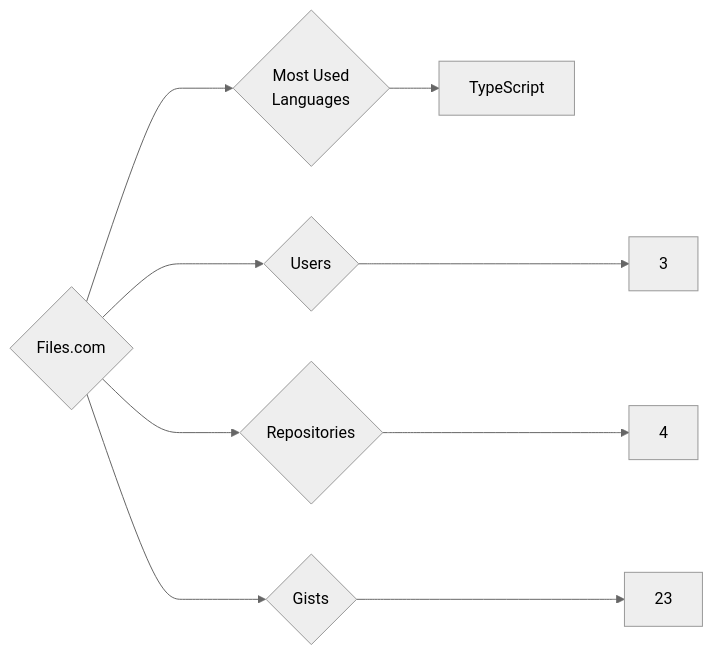
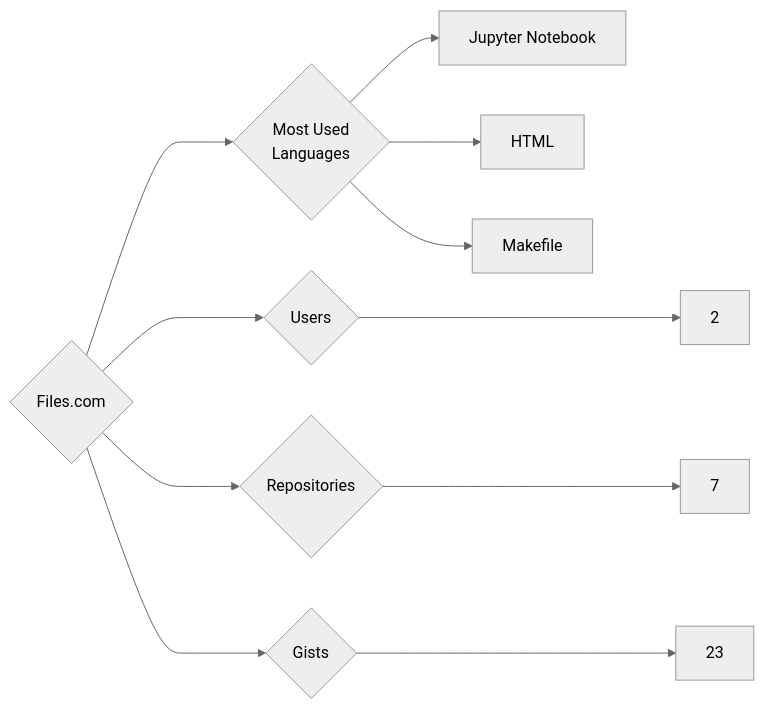
The diagram in targets/Files.com/README.md (trickest/insiders), drawn with Mermaid (neutral theme) before and after one commit. The commit also changed 1003 other files, not shown here.

````diff
--- a/targets/Files.com/README.md
+++ b/targets/Files.com/README.md
@@ -3,9 +3,11 @@
 ```mermaid
 graph LR
 COMPANY_NAME{Files.com}
-COMPANY_NAME ---> U{Users} ---> UN[3]
-COMPANY_NAME ---> R{Repositories} ---> RN[4]
+COMPANY_NAME ---> U{Users} ---> UN[2]
+COMPANY_NAME ---> R{Repositories} ---> RN[7]
 COMPANY_NAME ---> G{Gists} ---> GN[23]
 COMPANY_NAME ---> ML{Most Used<br>Languages}
-ML --> TypeScript[TypeScript]
+ML --> Jupyter_Notebook[Jupyter Notebook]
+ML --> HTML[HTML]
+ML --> Makefile[Makefile]
 ```
````
